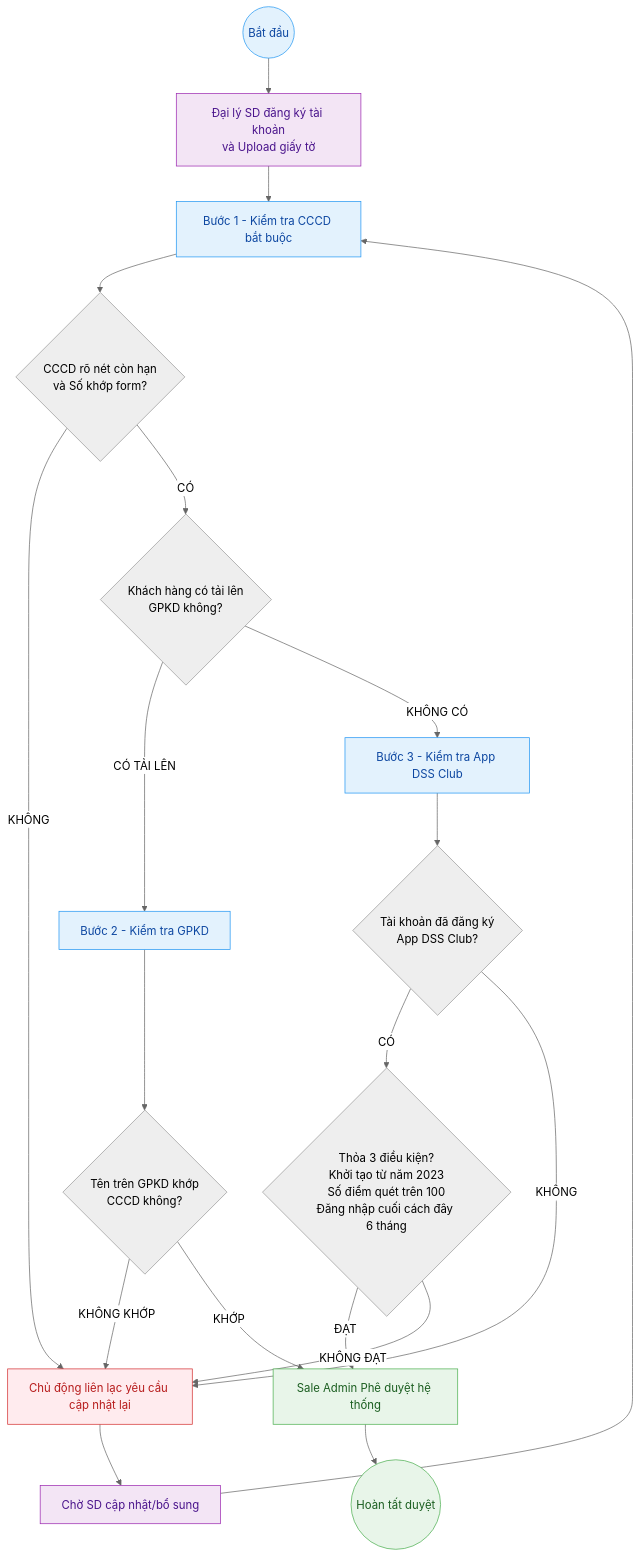
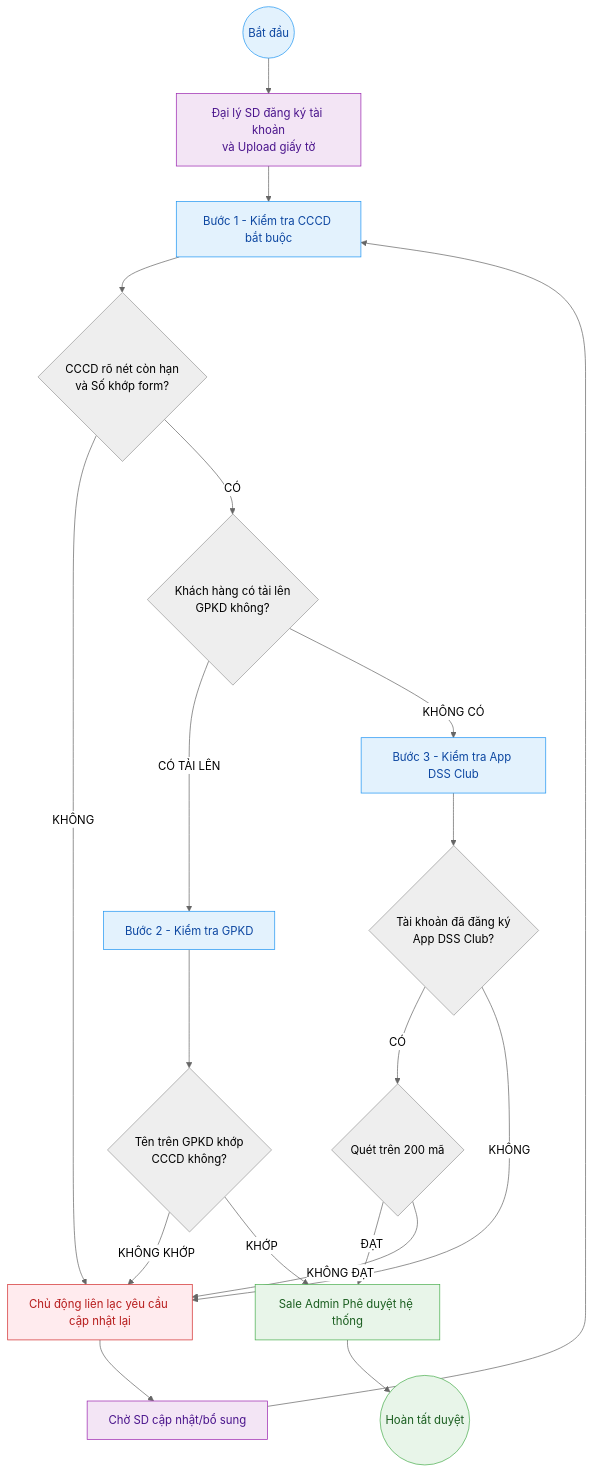
One commit to babaduoc/digitalgarden changed the diagram in src/site/notes/01_TONG_QUAN_LY_DU_AN/2_PHONG_VAN_HANH/SOP_1.1_Quy_Trinh_Duyet_Tai_Khoan_SD.md. Above: the diagram before and after it, drawn with Mermaid (neutral theme). The commit also changed other lines of this file and 9 other files, not shown here.

````diff
--- a/src/site/notes/01_TONG_QUAN_LY_DU_AN/2_PHONG_VAN_HANH/SOP_1.1_Quy_Trinh_Duyet_Tai_Khoan_SD.md
+++ b/src/site/notes/01_TONG_QUAN_LY_DU_AN/2_PHONG_VAN_HANH/SOP_1.1_Quy_Trinh_Duyet_Tai_Khoan_SD.md
@@ -22,41 +22,41 @@
 ```mermaid
 graph TD
     %% Định nghĩa bảng màu Pastel nguyên bản %%
     classDef sd fill:#F3E5F5,stroke:#9C27B0,color:#4A148C;
     classDef sale_admin fill:#E3F2FD,stroke:#2196F3,color:#0D47A1;
     classDef error fill:#FFEBEE,stroke:#D32F2F,color:#B71C1C;
     classDef success fill:#E8F5E9,stroke:#4CAF50,color:#1B5E20;
 
     Start((Bắt đầu)) --> SD_Reg[Đại lý SD đăng ký tài khoản<br/>và Upload giấy tờ]
     
     %% Vai trò Sale Admin %%
     SD_Reg --> Admin_CheckC[Bước 1 - Kiểm tra CCCD bắt buộc]
     
     Admin_CheckC --> CheckC_Valid{CCCD rõ nét còn hạn<br/>và Số khớp form?}
     CheckC_Valid -- KHÔNG --> Admin_Contact[Chủ động liên lạc yêu cầu cập nhật lại]
     CheckC_Valid -- CÓ --> Check_HasG{Khách hàng có tải lên<br/>GPKD không?}
 
     Check_HasG -- CÓ TẢI LÊN --> Admin_CheckG[Bước 2 - Kiểm tra GPKD]
     Admin_CheckG --> CheckG_Valid{Tên trên GPKD khớp<br/>CCCD không?}
     CheckG_Valid -- KHÔNG KHỚP --> Admin_Contact
     CheckG_Valid -- KHỚP --> Admin_Approve[Sale Admin Phê duyệt hệ thống]
 
     Check_HasG -- KHÔNG CÓ --> Admin_CheckDSS[Bước 3 - Kiểm tra App DSS Club]
     Admin_CheckDSS --> Has_DSS{Tài khoản đã đăng ký<br/>App DSS Club?}
     
-    Has_DSS -- CÓ --> Check_DSS_Cond{Thỏa 3 điều kiện?<br/>Khởi tạo từ năm 2023<br/>Số điểm quét trên 100<br/>Đăng nhập cuối cách đây 6 tháng}
+    Has_DSS -- CÓ --> Check_DSS_Cond{Quét trên 200 mã}
     Check_DSS_Cond -- ĐẠT --> Admin_Approve
 
     Has_DSS -- KHÔNG --> Admin_Contact
     Check_DSS_Cond -- KHÔNG ĐẠT --> Admin_Contact
 
     Admin_Contact --> Wait_Update[Chờ SD cập nhật/bổ sung]
     Wait_Update --> Admin_CheckC
 
     Admin_Approve --> Finish((Hoàn tất duyệt))
 
     class SD_Reg,Wait_Update sd;
     class Start,Admin_CheckC,Admin_CheckG,Admin_CheckDSS sale_admin;
     class Admin_Contact error;
     class Admin_Approve,Finish success;
 ```
````
